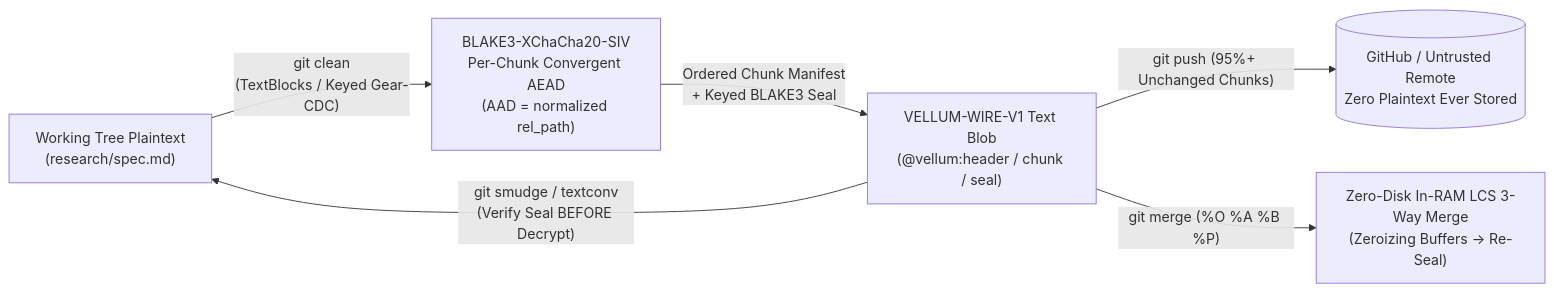
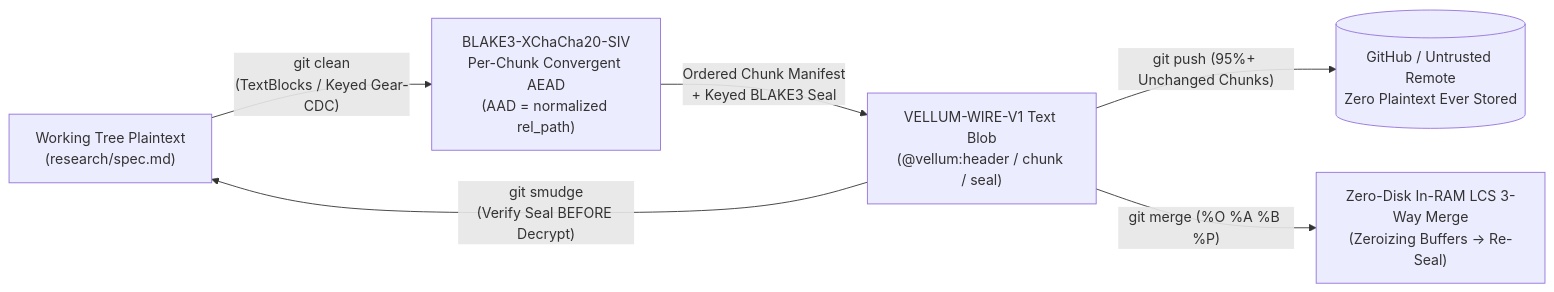
One commit to tsiscoe/Vellum changed the diagram in README.md. Above: the diagram before and after it, drawn with Mermaid. The commit also changed other lines of this file and 15 other files, not shown here.

````diff
--- a/README.md
+++ b/README.md
@@ -23,8 +23,8 @@
 ```mermaid
 flowchart LR
     Plain["Working Tree Plaintext\n(research/spec.md)"] -->|"git clean\n(TextBlocks / Keyed Gear-CDC)"| SIV["BLAKE3-XChaCha20-SIV\nPer-Chunk Convergent AEAD\n(AAD = normalized rel_path)"]
     SIV -->|"Ordered Chunk Manifest\n+ Keyed BLAKE3 Seal"| Wire["VELLUM-WIRE-V1 Text Blob\n(@vellum:header / chunk / seal)"]
     Wire -->|"git push (95%+ Unchanged Chunks)"| Remote[("GitHub / Untrusted Remote\nZero Plaintext Ever Stored")]
     Wire -->|"git merge (%O %A %B %P)"| Merge["Zero-Disk In-RAM LCS 3-Way Merge\n(Zeroizing Buffers -> Re-Seal)"]
-    Wire -->|"git smudge / textconv\n(Verify Seal BEFORE Decrypt)"| Plain
+    Wire -->|"git smudge\n(Verify Seal BEFORE Decrypt)"| Plain
 ```
````
